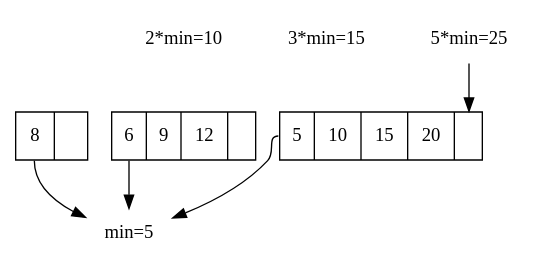
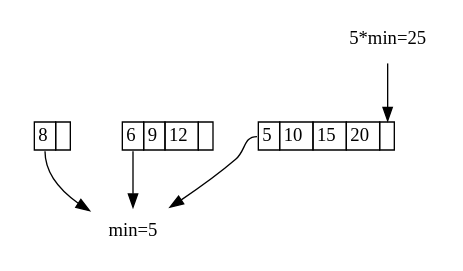
Before and after one commit to liuxinyu95/AlgoXY: the diagram in others/preface/img/q235-4.dot, drawn with Graphviz. The commit also changed 7 other files, not shown here.

```diff
--- a/others/preface/img/q235-4.dot
+++ b/others/preface/img/q235-4.dot
@@ -1,19 +1,22 @@
 digraph G{
 	margin="0"
-	node[shape=record]
-	q2[label="<head> 8 | <tail>"];
-	q3[label="<head> 6|9|12| <tail>"];
-	q5[label="<head> 5 |10|15|20| <tail>"];
-	x[label="min=5", shape=none];
-	x2[label="2*min=10", shape=none];
-	x3[label="3*min=15", shape=none];
-	x5[label="5*min=25", shape=none];
+	node[shape=plaintext]
+	q2[label=<<table BORDER="0" CELLBORDER="1" CELLSPACING="0">
+       <tr><td port="head">8</td><td port="tail"> </td></tr></table>>]
+	q3[label=<<table BORDER="0" CELLBORDER="1" CELLSPACING="0">
+       <tr><td port="head">6</td><td>9</td><td>12</td><td port="tail"> </td></tr></table>>]
+	q5[label=<<table BORDER="0" CELLBORDER="1" CELLSPACING="0">
+       <tr><td port="head">5</td><td>10</td><td>15</td><td>20</td><td port="tail"> </td></tr></table>>]
+	x[label="min=5", style=filled, color=white];
+	x2[label="2*min=10", style=invis, color=white];
+	x3[label="3*min=15", style=invis, color=white];
+	x5[label="5*min=25", style=filled, color=white];
 	q2:head->x;
 	q3:head->x;
 	q5:head->x;
 	x2->x3->x5[style=invis];
 	//x2->q2:tail;
 	//x3->q3:tail;
 	x5->q5:tail;
 	{rank = same; x2; x3; x5}
 }
```
